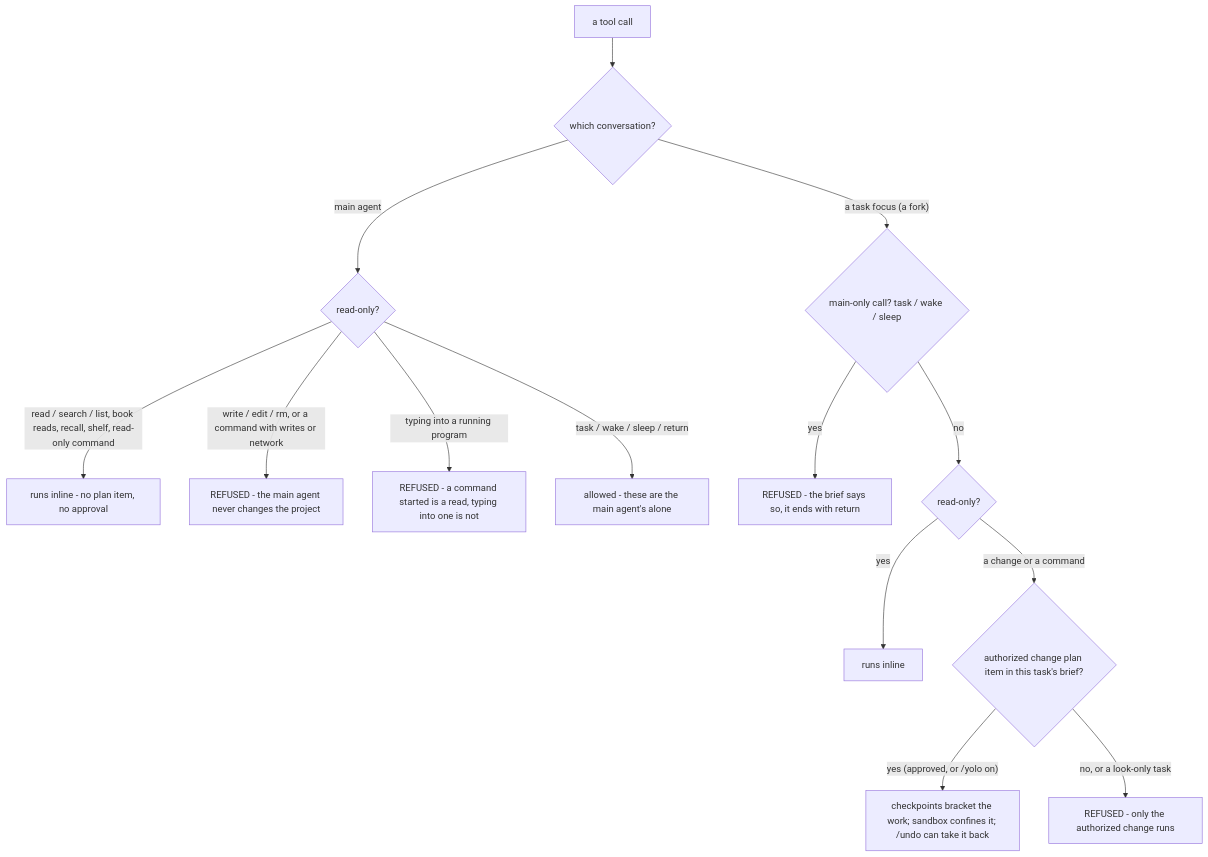
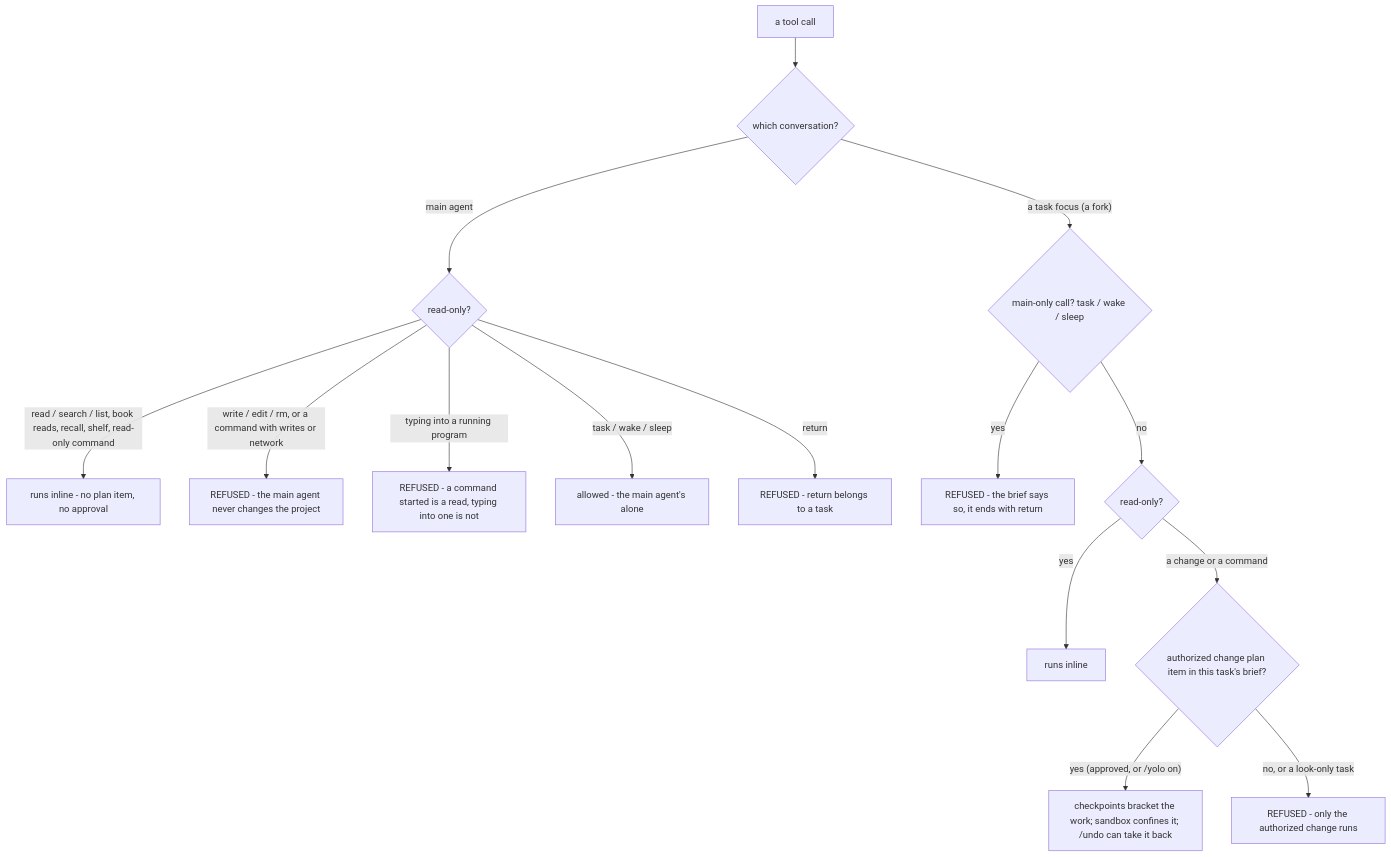
Before and after one commit to OracleToes/cartographer: the third of 5 diagrams in docs/flow.md, drawn with Mermaid. The commit also changed other lines of this file, not shown here.

Commit message:
docs: correct the gate's return refusal and the opt-in handoff in the flow charts

````diff
--- a/docs/flow.md
+++ b/docs/flow.md
@@ -60,16 +60,17 @@
 ```mermaid
 flowchart TD
     C["a tool call"] --> WHICH{"which conversation?"}
     WHICH -- "main agent" --> MR{"read-only?"}
     MR -- "read / search / list, book reads, recall, shelf, read-only command" --> MINLINE["runs inline - no plan item, no approval"]
     MR -- "write / edit / rm, or a command with writes or network" --> MREF["REFUSED - the main agent never changes the project"]
     MR -- "typing into a running program" --> MREF2["REFUSED - a command started is a read, typing into one is not"]
-    MR -- "task / wake / sleep / return" --> MAINEPTY["allowed - these are the main agent's alone"]
+    MR -- "task / wake / sleep" --> MAINEPTY["allowed - the main agent's alone"]
+    MR -- "return" --> MRET["REFUSED - return belongs to a task"]
     WHICH -- "a task focus (a fork)" --> TF{"main-only call? task / wake / sleep"}
     TF -- "yes" --> TREF["REFUSED - the brief says so, it ends with return"]
     TF -- "no" --> TR{"read-only?"}
     TR -- "yes" --> TINLINE["runs inline"]
     TR -- "a change or a command" --> AUTH{"authorized change plan item in this task's brief?"}
     AUTH -- "yes (approved, or /yolo on)" --> GO["checkpoints bracket the work; sandbox confines it; /undo can take it back"]
     AUTH -- "no, or a look-only task" --> TREF2["REFUSED - only the authorized change runs"]
 ```
````
